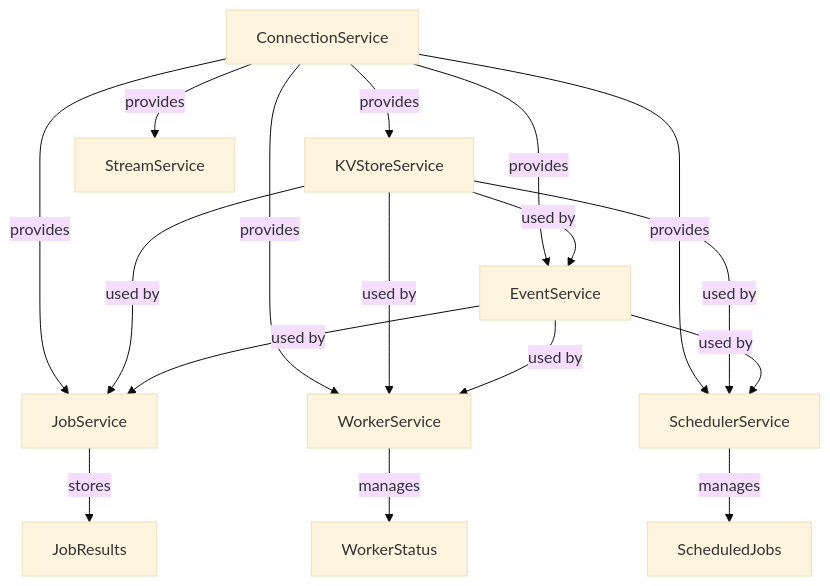
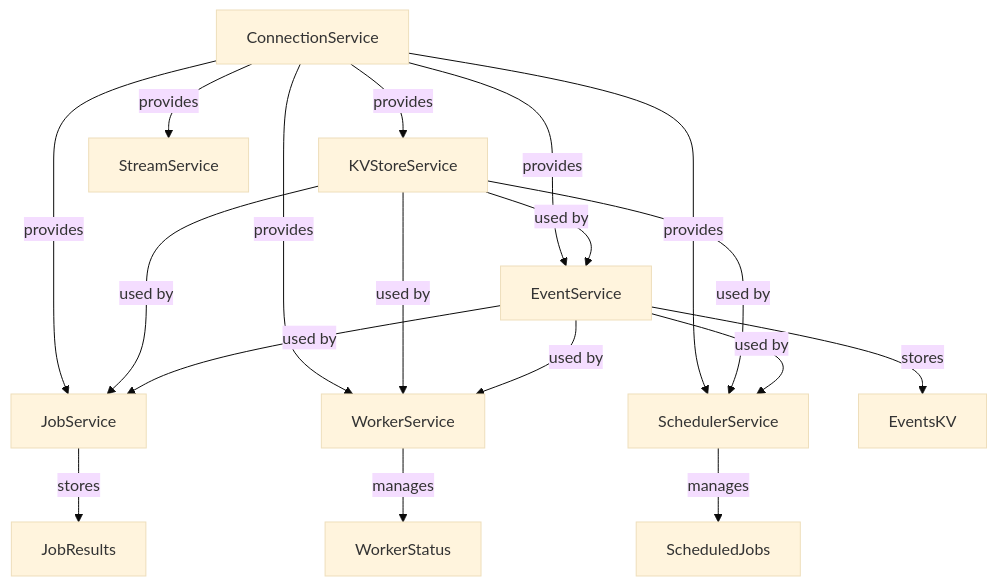
Before and after one commit to legout/naq: the third of 3 diagrams in docs/architecture.qmd, drawn with Mermaid (base theme). The commit also changed other lines of this file and 6 other files, not shown here.

````diff
--- a/docs/architecture.qmd
+++ b/docs/architecture.qmd
@@ -119,22 +174,23 @@
 ```{mermaid}
 graph TD
     ConnectionService -- "provides" --> KVStoreService
     ConnectionService -- "provides" --> StreamService
     ConnectionService -- "provides" --> JobService
     ConnectionService -- "provides" --> WorkerService
     ConnectionService -- "provides" --> SchedulerService
     ConnectionService -- "provides" --> EventService
     
     KVStoreService -- "used by" --> EventService
     KVStoreService -- "used by" --> JobService
     KVStoreService -- "used by" --> WorkerService
     KVStoreService -- "used by" --> SchedulerService
     
     EventService -- "used by" --> JobService
     EventService -- "used by" --> WorkerService
     EventService -- "used by" --> SchedulerService
     
     WorkerService -- "manages" --> WorkerStatus
     SchedulerService -- "manages" --> ScheduledJobs
     JobService -- "stores" --> JobResults
+    EventService -- "stores" --> EventsKV
 ```
````
